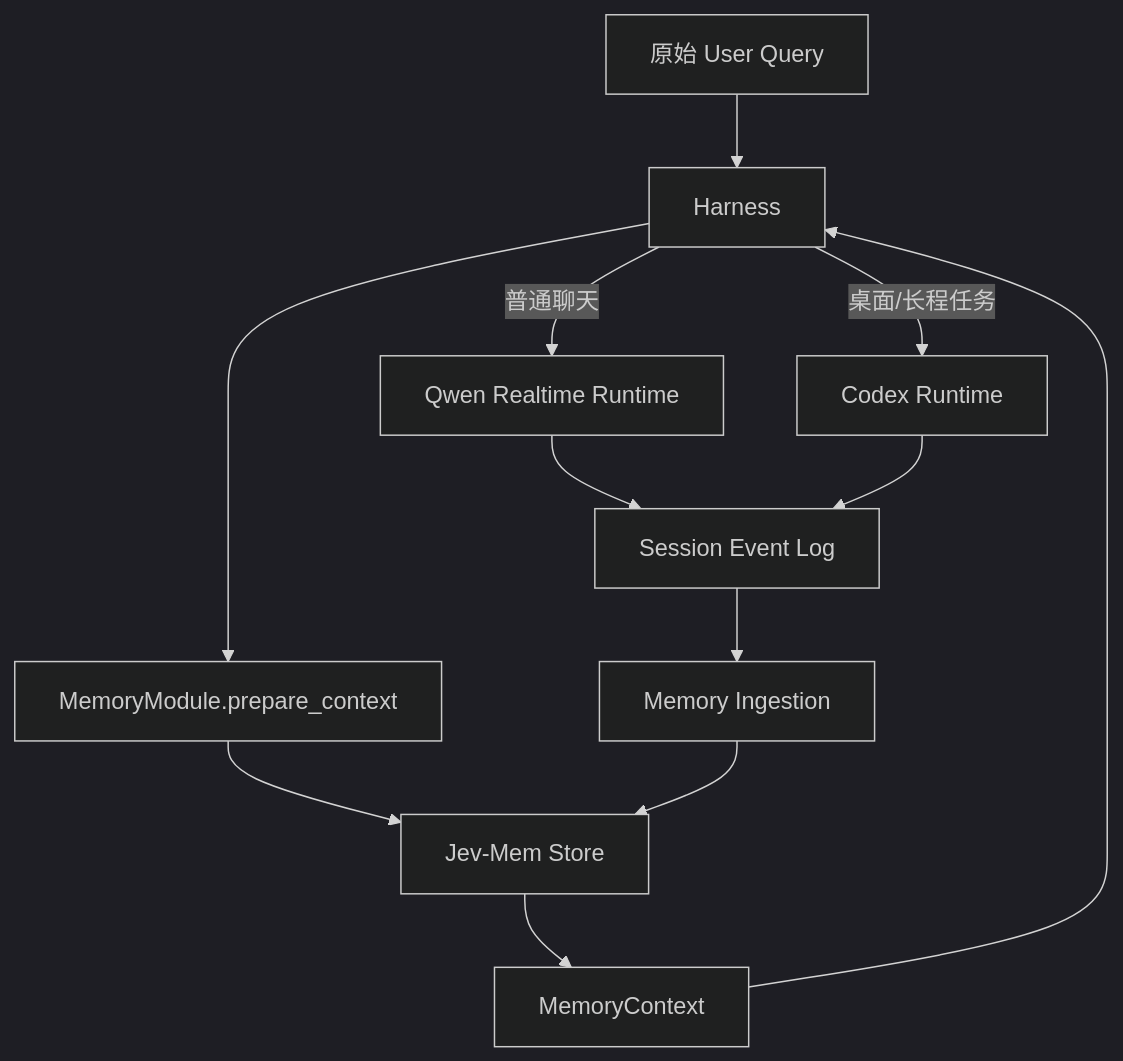
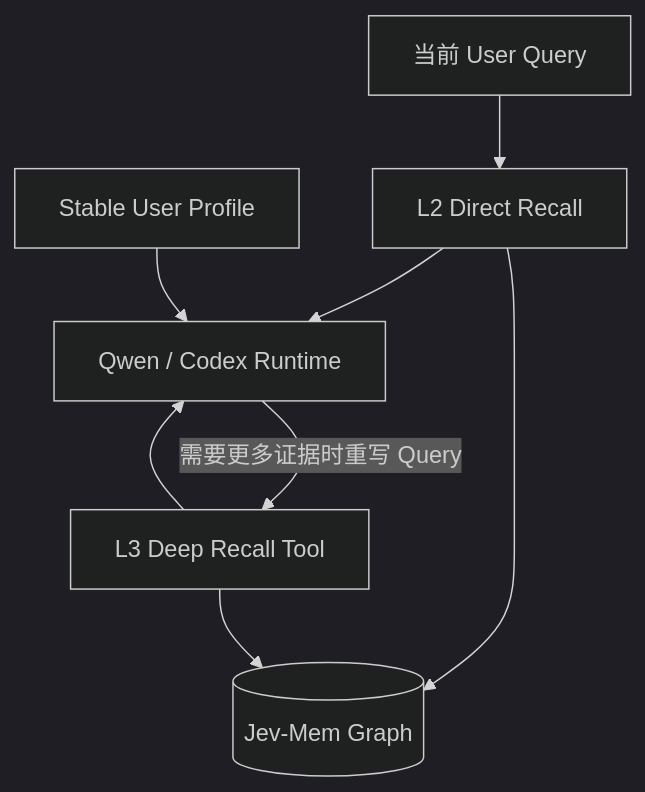
Before and after one commit to kono-dada/BoxAgent: the fourth of 4 diagrams in docs/BoxAgent-Phase4-Memory-设计.md, drawn with Mermaid (dark theme). The commit also changed other lines of this file and 2 other files, not shown here.

Commit message:
docs: rewrite current architecture guides

````diff
--- a/docs/BoxAgent-Phase4-Memory-设计.md
+++ b/docs/BoxAgent-Phase4-Memory-设计.md
@@ -738,14 +496,15 @@
 ```mermaid
 flowchart TB
-    U[原始 User Query] --> H[Harness]
-    H --> M[MemoryModule.prepare_context]
-    M --> J[Jev-Mem Store]
-    J --> C[MemoryContext]
-    C --> H
-    H -->|普通聊天| Q[Qwen Realtime Runtime]
-    H -->|桌面/长程任务| X[Codex Runtime]
-    Q --> E[Session Event Log]
-    X --> E
-    E --> I[Memory Ingestion]
-    I --> J
+    QUERY[当前 User Query]
+    PROFILE[Stable User Profile]
+    L2[L2 Direct Recall]
+    RUNTIME[Qwen / Codex Runtime]
+    L3[L3 Deep Recall Tool]
+    GRAPH[(Jev-Mem Graph)]
+
+    QUERY --> L2 --> GRAPH
+    PROFILE --> RUNTIME
+    L2 --> RUNTIME
+    RUNTIME -->|需要更多证据时重写 Query| L3 --> GRAPH
+    L3 --> RUNTIME
 ```
````
